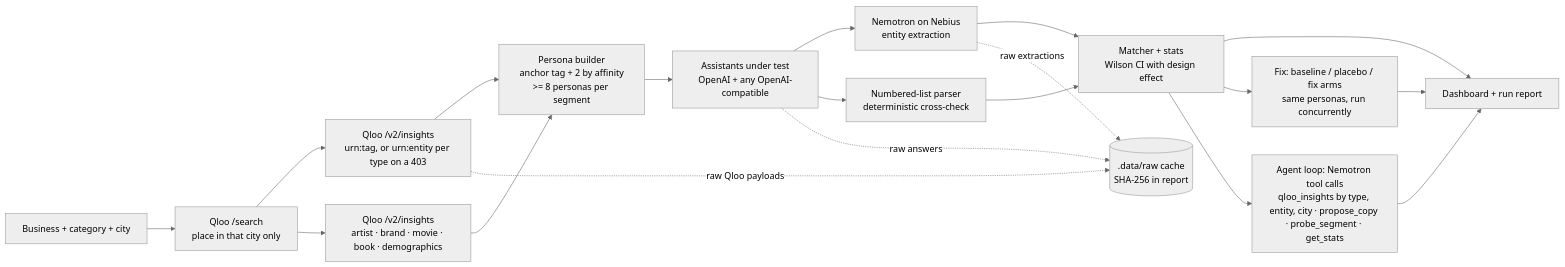
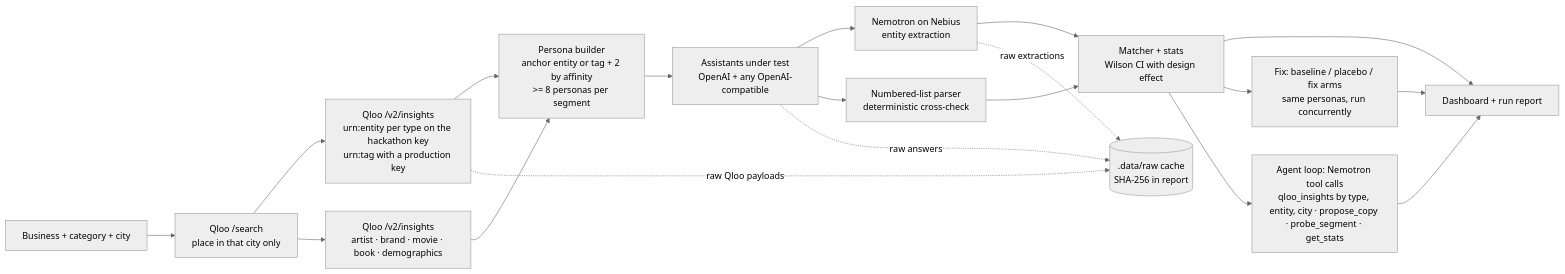
Before and after one commit to nickthelegend/tasteprobe: the diagram in README.md, drawn with Mermaid (neutral theme). The commit also changed other lines of this file and 4 other files, not shown here.

First line of the commit message:
docs(readme): lead with the urn:entity path the hackathon key gets; try-it block; full-headline hero shot

````diff
--- a/README.md
+++ b/README.md
@@ -17,21 +24,21 @@
 ```mermaid
 flowchart LR
   I[Business + category + city] --> S[Qloo /search<br/>place in that city only]
-  S --> T[Qloo /v2/insights<br/>urn:tag, or urn:entity per type on a 403]
+  S --> T[Qloo /v2/insights<br/>urn:entity per type on the hackathon key<br/>urn:tag with a production key]
   S --> X[Qloo /v2/insights<br/>artist · brand · movie · book · demographics]
-  T --> P[Persona builder<br/>anchor tag + 2 by affinity<br/>>= 8 personas per segment]
+  T --> P[Persona builder<br/>anchor entity or tag + 2 by affinity<br/>>= 8 personas per segment]
   X --> P
   P --> A[Assistants under test<br/>OpenAI + any OpenAI-compatible]
   A --> N[Nemotron on Nebius<br/>entity extraction]
   A --> L[Numbered-list parser<br/>deterministic cross-check]
   N --> M[Matcher + stats<br/>Wilson CI with design effect]
   L --> M
   M --> D[Dashboard + run report]
   M --> F[Fix: baseline / placebo / fix arms<br/>same personas, run concurrently]
   M --> G[Agent loop: Nemotron tool calls<br/>qloo_insights by type, entity, city · propose_copy · probe_segment · get_stats]
   F --> D
   G --> D
   A -. raw answers .-> C[(.data/raw cache<br/>SHA-256 in report)]
   N -. raw extractions .-> C
   T -. raw Qloo payloads .-> C
 ```
````
